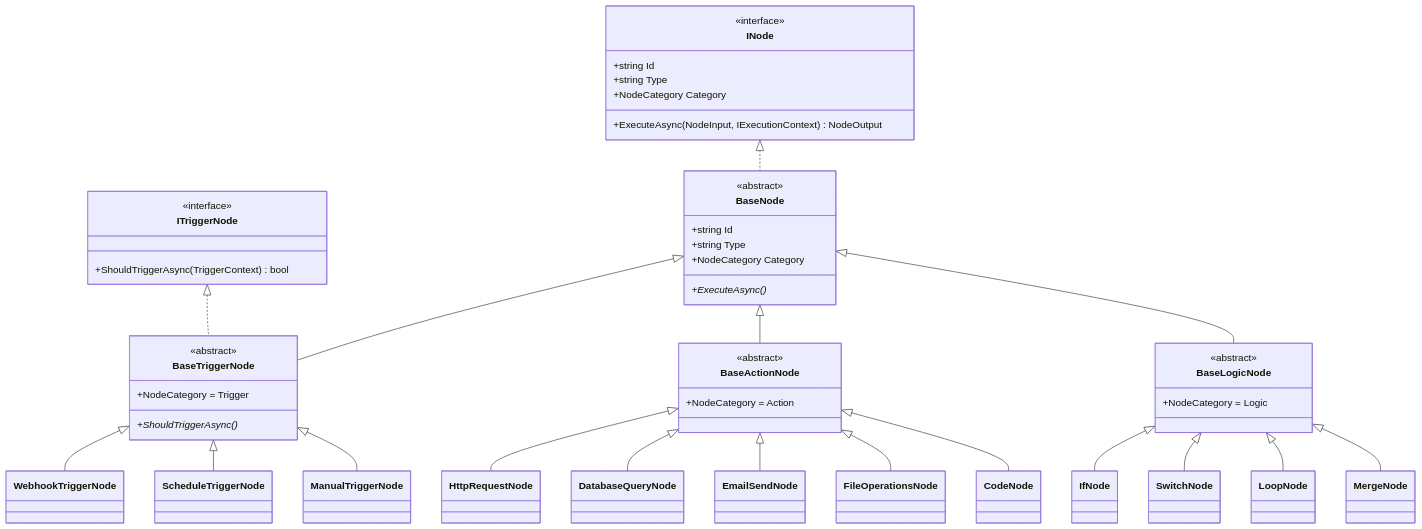
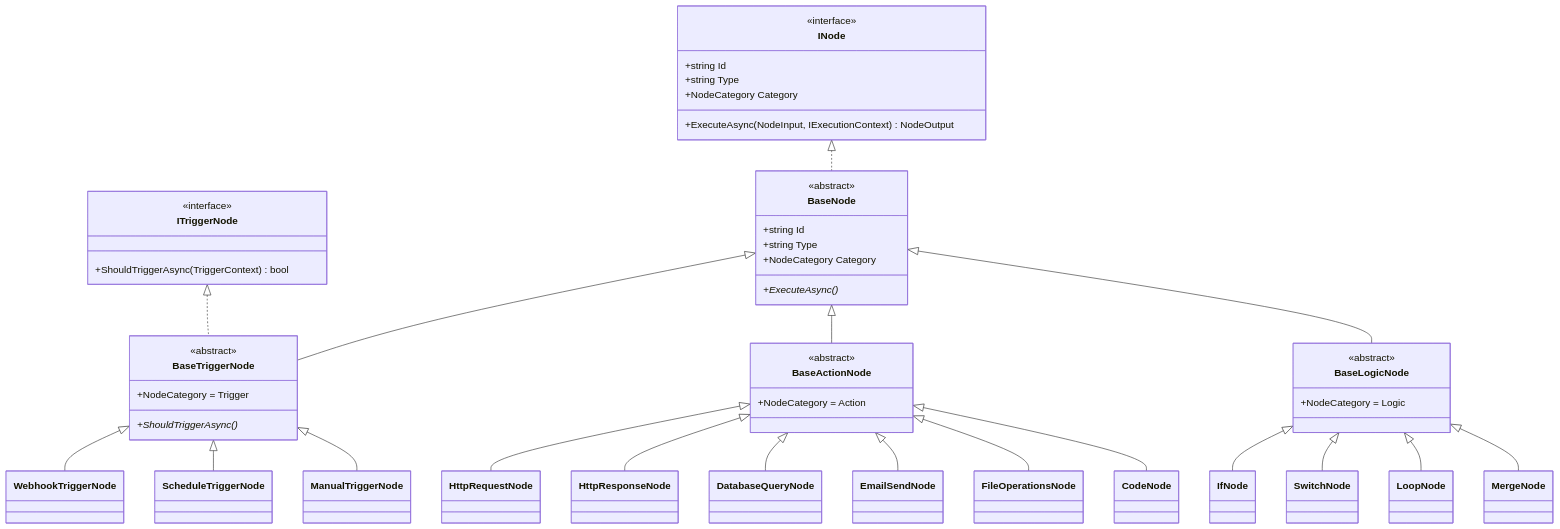
One commit to homolibere/Vyshyvanka changed the first of 4 diagrams in docs/05-node-system.md. Above: the diagram before and after it, drawn with Mermaid. The commit also changed other lines of this file and 20 other files, not shown here.

Commit message:
feat(nodes,plugins): add HTTP Response node and Crypto plugin with webhook sync mode

````diff
--- a/docs/05-node-system.md
+++ b/docs/05-node-system.md
@@ -9,60 +9,61 @@
 ```mermaid
 classDiagram
     class INode {
         <<interface>>
         +string Id
         +string Type
         +NodeCategory Category
         +ExecuteAsync(NodeInput, IExecutionContext) NodeOutput
     }
 
     class ITriggerNode {
         <<interface>>
         +ShouldTriggerAsync(TriggerContext) bool
     }
 
     class BaseNode {
         <<abstract>>
         +string Id
         +string Type
         +NodeCategory Category
         +ExecuteAsync()*
     }
 
     class BaseTriggerNode {
         <<abstract>>
         +NodeCategory = Trigger
         +ShouldTriggerAsync()*
     }
 
     class BaseActionNode {
         <<abstract>>
         +NodeCategory = Action
     }
 
     class BaseLogicNode {
         <<abstract>>
         +NodeCategory = Logic
     }
 
     INode <|.. BaseNode
     ITriggerNode <|.. BaseTriggerNode
     BaseNode <|-- BaseTriggerNode
     BaseNode <|-- BaseActionNode
     BaseNode <|-- BaseLogicNode
 
     BaseTriggerNode <|-- WebhookTriggerNode
     BaseTriggerNode <|-- ScheduleTriggerNode
     BaseTriggerNode <|-- ManualTriggerNode
 
     BaseActionNode <|-- HttpRequestNode
+    BaseActionNode <|-- HttpResponseNode
     BaseActionNode <|-- DatabaseQueryNode
     BaseActionNode <|-- EmailSendNode
     BaseActionNode <|-- FileOperationsNode
     BaseActionNode <|-- CodeNode
 
     BaseLogicNode <|-- IfNode
     BaseLogicNode <|-- SwitchNode
     BaseLogicNode <|-- LoopNode
     BaseLogicNode <|-- MergeNode
 ```
````
